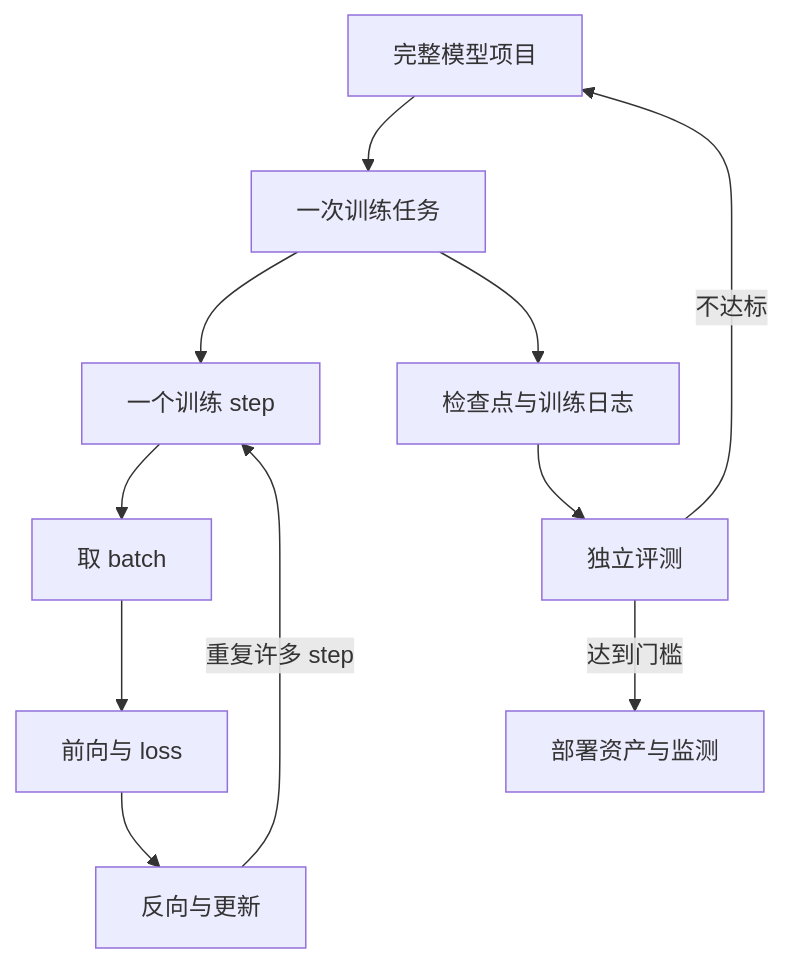
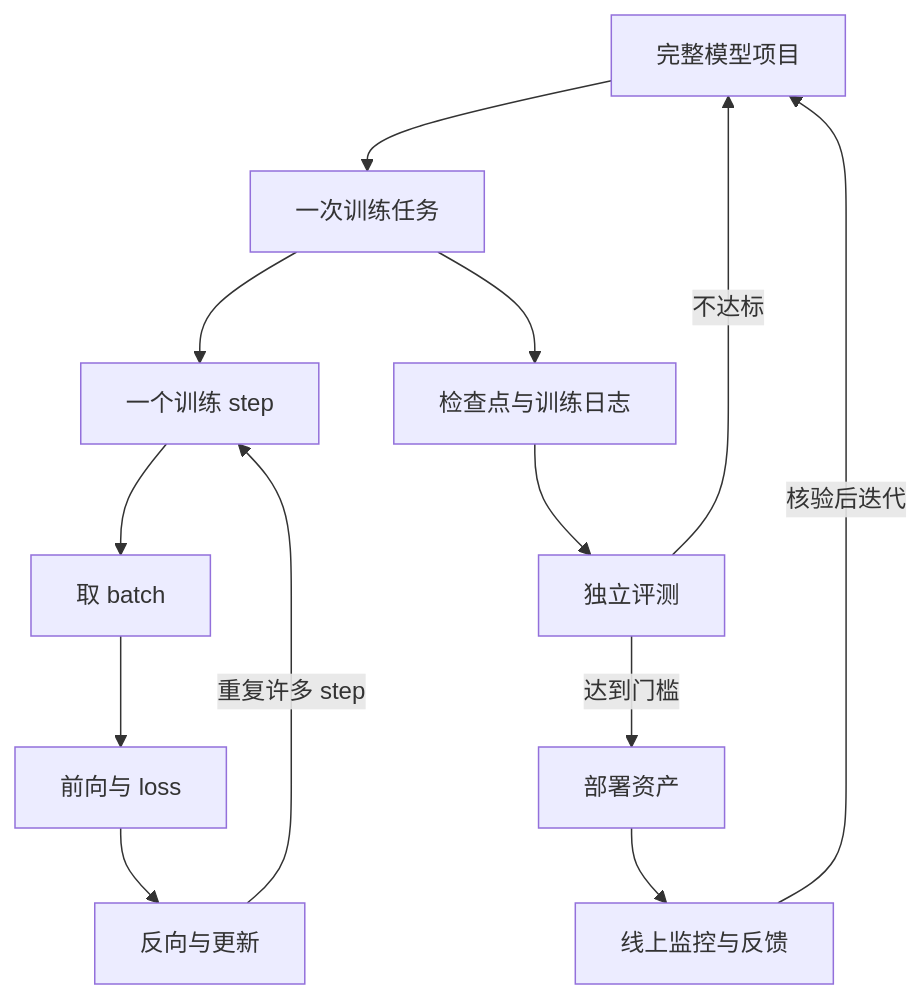
One commit to chengzhang0528/LLMTrain changed the second of 2 diagrams in 01-14天理论课/模型训练总纲.md. Above: the diagram before and after it, drawn with Mermaid. The commit also changed other lines of this file and 123 other files, not shown here.

````diff
--- a/01-14天理论课/模型训练总纲.md
+++ b/01-14天理论课/模型训练总纲.md
@@ -7,13 +30,15 @@
 ```mermaid
 flowchart TB
     A[完整模型项目] --> B[一次训练任务]
     B --> C[一个训练 step]
     C --> D[取 batch]
     D --> E[前向与 loss]
     E --> F[反向与更新]
     F -->|重复许多 step| C
     B --> G[检查点与训练日志]
     G --> H[独立评测]
     H -->|不达标| A
-    H -->|达到门槛| I[部署资产与监测]
+    H -->|达到门槛| I[部署资产]
+    I --> J[线上监控与反馈]
+    J -->|核验后迭代| A
 ```
````
